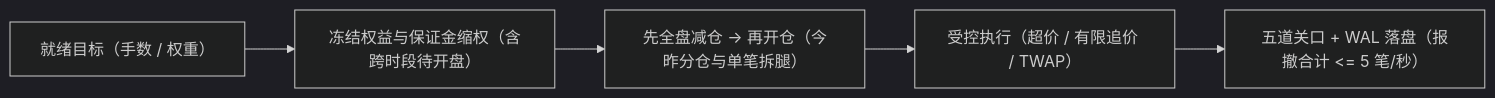
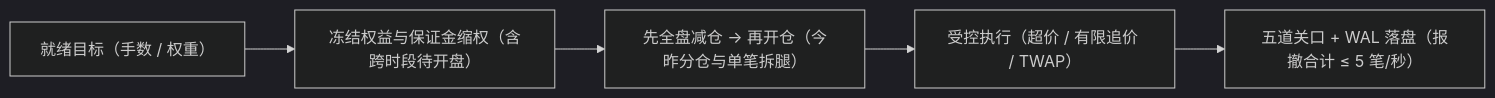
One commit to isqiwen/asterion-terminal changed the third of 4 diagrams in docs/trading/README.md. Above: the diagram before and after it, drawn with Mermaid (dark theme). The commit also changed 2 other files, not shown here.

Commit message:
docs: fix warehouse deployment anchor and sanitize Mermaid labels

````diff
--- a/docs/trading/README.md
+++ b/docs/trading/README.md
@@ -76,7 +76,7 @@
 ```mermaid
 flowchart LR
   Target["就绪目标（手数 / 权重）"] --> Size["冻结权益与保证金缩权（含跨时段待开盘）"]
   Size --> Split["先全盘减仓 → 再开仓（今昨分仓与单笔拆腿）"]
   Split --> Opt["受控执行（超价 / 有限追价 / TWAP）"]
-  Opt --> Gate["五道关口 + WAL 落盘（报撤合计 <= 5 笔/秒）"]
+  Opt --> Gate["五道关口 + WAL 落盘（报撤合计 ≤ 5 笔/秒）"]
 ```
````
